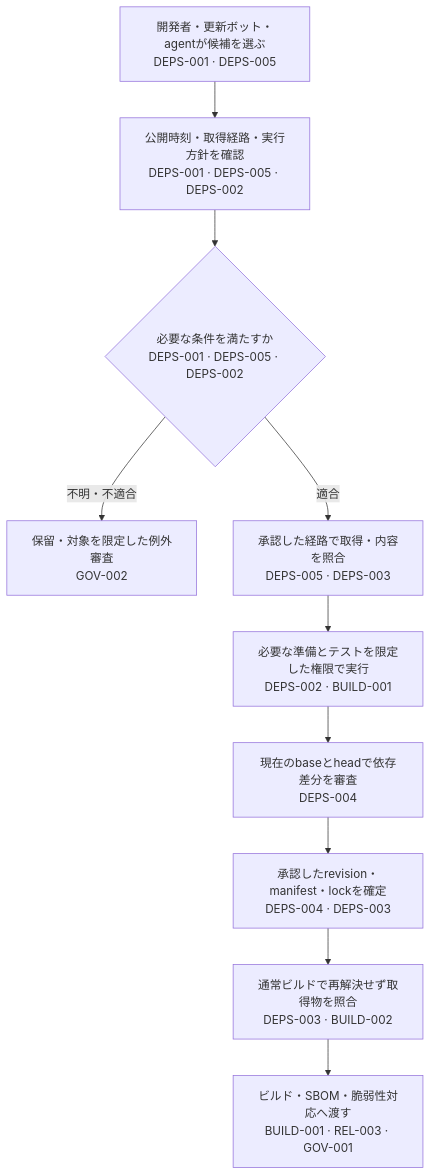
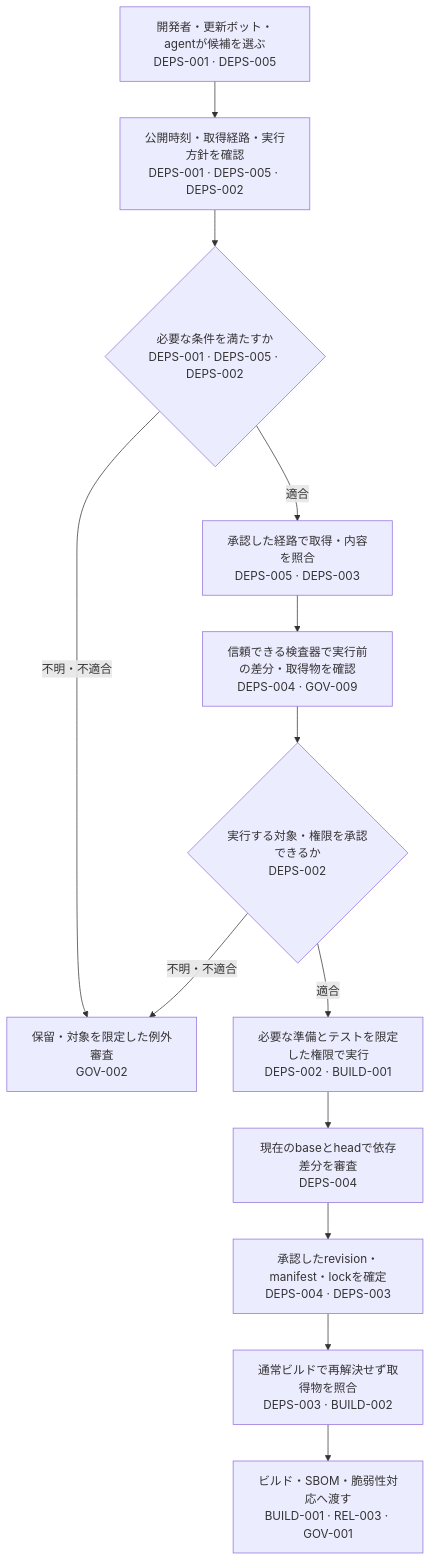
The diagram in engineering/dependency-update-to-build.md (DharmaDoll/product-security-guidance), drawn with Mermaid before and after one commit. The commit also changed other lines of this file and 8 other files, not shown here.

````diff
--- a/engineering/dependency-update-to-build.md
+++ b/engineering/dependency-update-to-build.md
@@ -11,12 +11,15 @@
 ```mermaid
 flowchart TD
   A["開発者・更新ボット・agentが候補を選ぶ<br/>DEPS-001 · DEPS-005"] --> B["公開時刻・取得経路・実行方針を確認<br/>DEPS-001 · DEPS-005 · DEPS-002"]
   B --> C{"必要な条件を満たすか<br/>DEPS-001 · DEPS-005 · DEPS-002"}
   C -->|不明・不適合| D["保留・対象を限定した例外審査<br/>GOV-002"]
   C -->|適合| E["承認した経路で取得・内容を照合<br/>DEPS-005 · DEPS-003"]
-  E --> F["必要な準備とテストを限定した権限で実行<br/>DEPS-002 · BUILD-001"]
+  E --> K["信頼できる検査器で実行前の差分・取得物を確認<br/>DEPS-004 · GOV-009"]
+  K --> L{"実行する対象・権限を承認できるか<br/>DEPS-002"}
+  L -->|不明・不適合| D
+  L -->|適合| F["必要な準備とテストを限定した権限で実行<br/>DEPS-002 · BUILD-001"]
   F --> G["現在のbaseとheadで依存差分を審査<br/>DEPS-004"]
   G --> H["承認したrevision・manifest・lockを確定<br/>DEPS-004 · DEPS-003"]
   H --> I["通常ビルドで再解決せず取得物を照合<br/>DEPS-003 · BUILD-002"]
   I --> J["ビルド・SBOM・脆弱性対応へ渡す<br/>BUILD-001 · REL-003 · GOV-001"]
 ```
````
